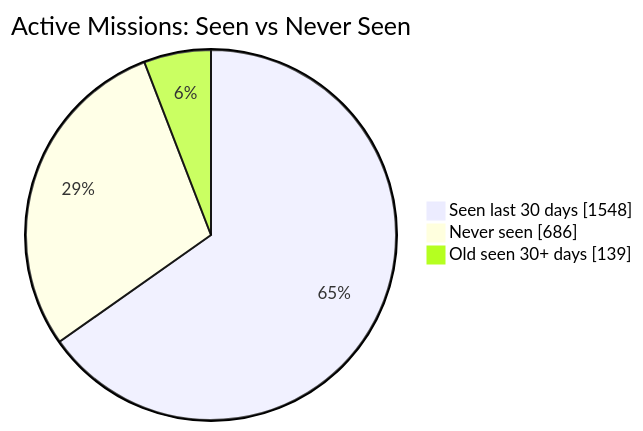
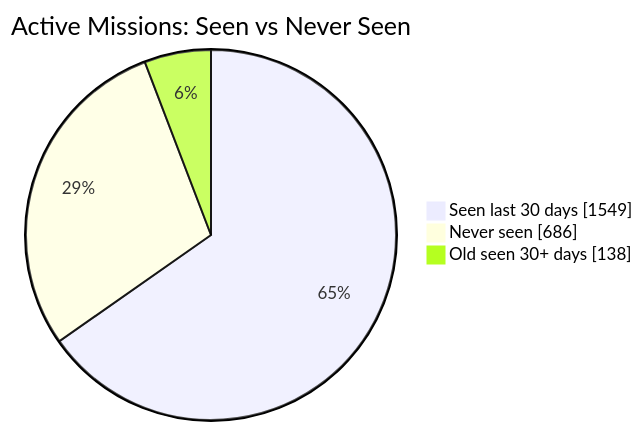
One commit to MeldkamerspelGameTeam/active-missions changed the first of 2 diagrams in README.md. Above: the diagram before and after it, drawn with Mermaid. The commit also changed other lines of this file and 2 other files, not shown here.

````diff
--- a/README.md
+++ b/README.md
@@ -34,7 +34,7 @@
 ```mermaid
 pie showData
     title Active Missions: Seen vs Never Seen
-    "Seen last 30 days" : 1548
+    "Seen last 30 days" : 1549
     "Never seen" : 686
-    "Old seen 30+ days" : 139
+    "Old seen 30+ days" : 138
 ```
````
